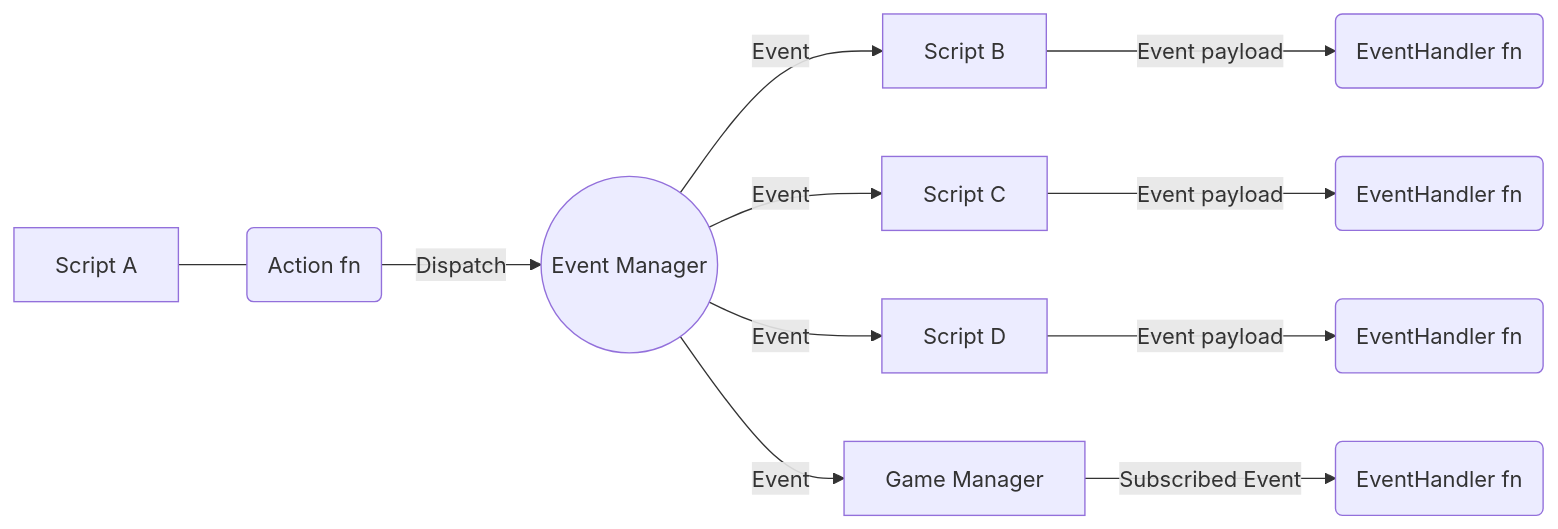
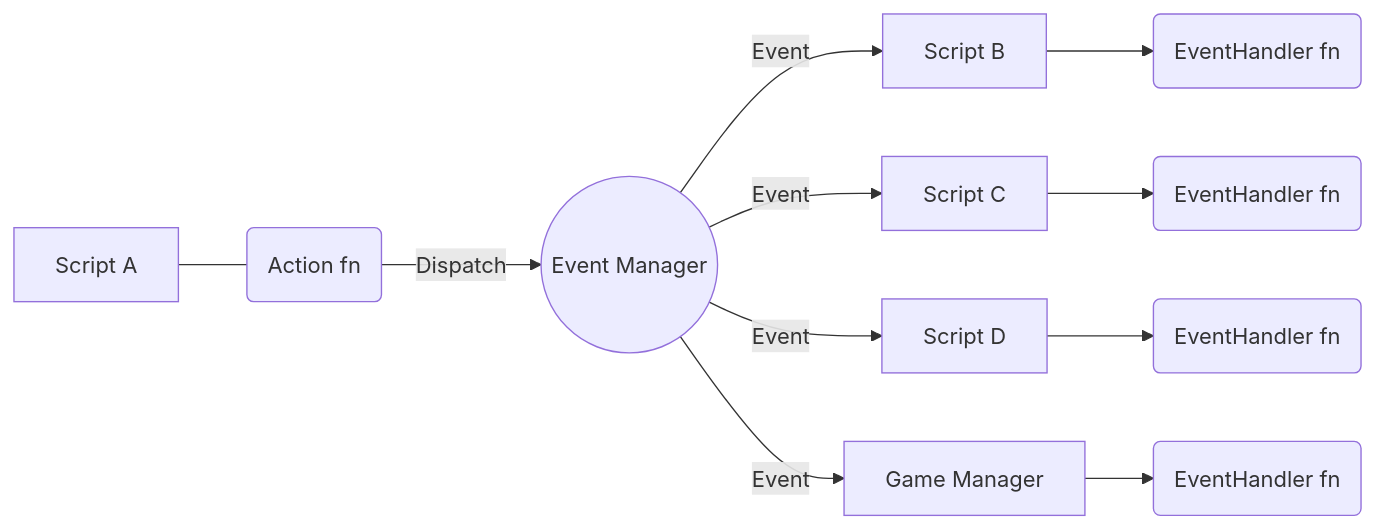
Before and after one commit to gsg-jay/GamePatterns: the diagram in README.md, drawn with Mermaid.

````diff
--- a/README.md
+++ b/README.md
@@ -3,9 +3,9 @@
 ```mermaid
 graph LR;
 c0["Script A"]---a
 a("Action fn")-->|Dispatch|em(("Event Manager"))
-em-->|Event|c1["Script B"]-->|Event payload|eh1("EventHandler fn")
-em-->|Event|c2["Script C"]-->|Event payload|eh2("EventHandler fn")
-em-->|Event|c3["Script D"]-->|Event payload|eh3("EventHandler fn")
-em-->|Event|gm["Game Manager"]-->|Subscribed Event|eh4("EventHandler fn")
+em-->|Event|c1["Script B"]-->eh1("EventHandler fn")
+em-->|Event|c2["Script C"]-->eh2("EventHandler fn")
+em-->|Event|c3["Script D"]-->eh3("EventHandler fn")
+em-->|Event|gm["Game Manager"]-->eh4("EventHandler fn")
 ```
````
